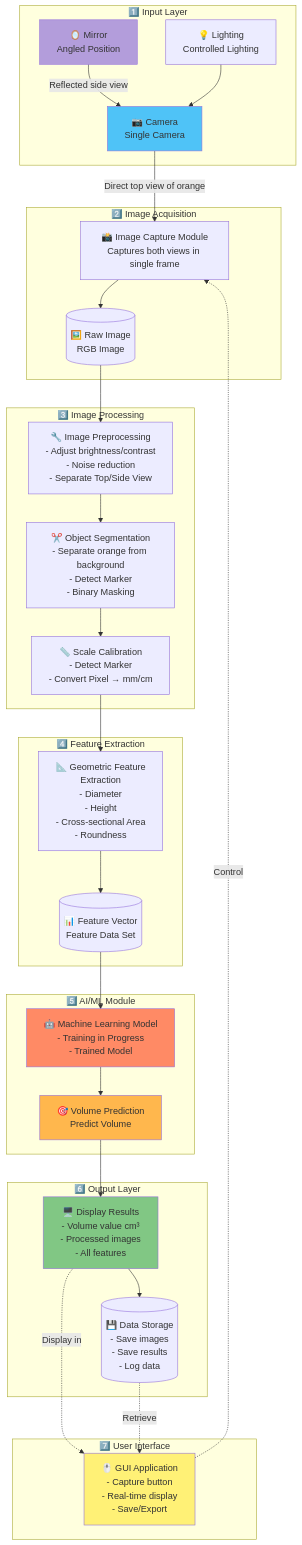
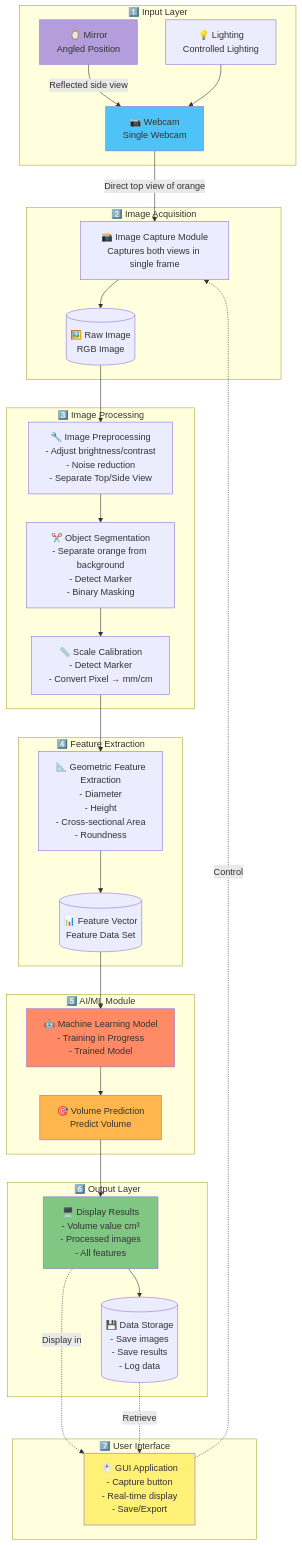
One commit to MyFirstKiss/test-project changed the diagram in DVOR_SystemArchitecture.md. Above: the diagram before and after it, drawn with Mermaid. The commit also changed other lines of this file and 3 other files, not shown here.

Commit message:
Change Camera to Webcam throughout all diagrams

````diff
--- a/DVOR_SystemArchitecture.md
+++ b/DVOR_SystemArchitecture.md
@@ -3,70 +3,70 @@
 ```mermaid
 graph TB
     subgraph "1️⃣ Input Layer"
-        Camera[📷 Camera<br/>Single Camera]
+        Webcam[📷 Webcam<br/>Single Webcam]
         Mirror[🪞 Mirror<br/>Angled Position]
         Light[💡 Lighting<br/>Controlled Lighting]
     end
     
     subgraph "2️⃣ Image Acquisition"
         Capture[📸 Image Capture Module<br/>Captures both views in single frame]
         RawImage[(🖼️ Raw Image<br/>RGB Image)]
     end
     
     subgraph "3️⃣ Image Processing"
         Preprocessing[🔧 Image Preprocessing<br/>- Adjust brightness/contrast<br/>- Noise reduction<br/>- Separate Top/Side View]
         Segmentation[✂️ Object Segmentation<br/>- Separate orange from background<br/>- Detect Marker<br/>- Binary Masking]
         Calibration[📏 Scale Calibration<br/>- Detect Marker<br/>- Convert Pixel → mm/cm]
     end
     
     subgraph "4️⃣ Feature Extraction"
         GeometricFE[📐 Geometric Feature<br/>Extraction<br/>- Diameter<br/>- Height<br/>- Cross-sectional Area<br/>- Roundness]
         FeatureVector[(📊 Feature Vector<br/>Feature Data Set)]
     end
     
     subgraph "5️⃣ AI/ML Module"
         MLModel[🤖 Machine Learning Model<br/>- Training in Progress<br/>- Trained Model]
         Prediction[🎯 Volume Prediction<br/>Predict Volume]
     end
     
     subgraph "6️⃣ Output Layer"
         Display[🖥️ Display Results<br/>- Volume value cm³<br/>- Processed images<br/>- All features]
         Storage[(💾 Data Storage<br/>- Save images<br/>- Save results<br/>- Log data)]
     end
     
     subgraph "7️⃣ User Interface"
         GUI[🖱️ GUI Application<br/>- Capture button<br/>- Real-time display<br/>- Save/Export]
     end
     
     %% Connections
-    Camera -->|Direct top view of orange| Capture
-    Mirror -->|Reflected side view| Camera
-    Light --> Camera
+    Webcam -->|Direct top view of orange| Capture
+    Mirror -->|Reflected side view| Webcam
+    Light --> Webcam
     
     Capture --> RawImage
     RawImage --> Preprocessing
     
     Preprocessing --> Segmentation
     Segmentation --> Calibration
     
     Calibration --> GeometricFE
     GeometricFE --> FeatureVector
     
     FeatureVector --> MLModel
     MLModel --> Prediction
     
     Prediction --> Display
     Display --> Storage
     
     GUI -.->|Control| Capture
     Display -.->|Display in| GUI
     Storage -.->|Retrieve| GUI
     
     %% Styling
-    style Camera fill:#4fc3f7
+    style Webcam fill:#4fc3f7
     style Mirror fill:#b39ddb
     style MLModel fill:#ff8a65
     style Prediction fill:#ffb74d
     style Display fill:#81c784
     style GUI fill:#fff176
 ```
````
